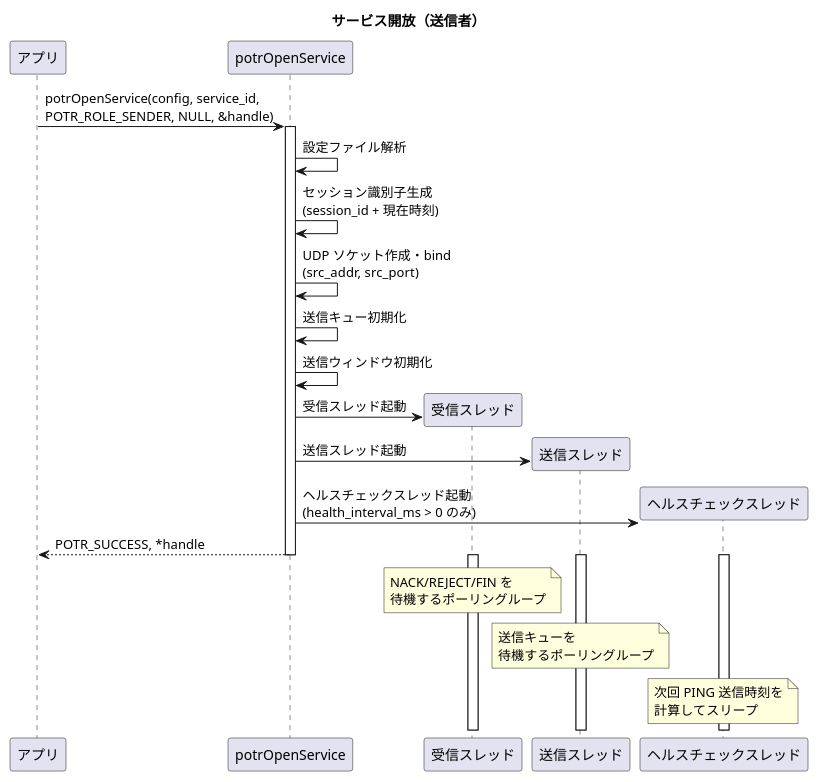
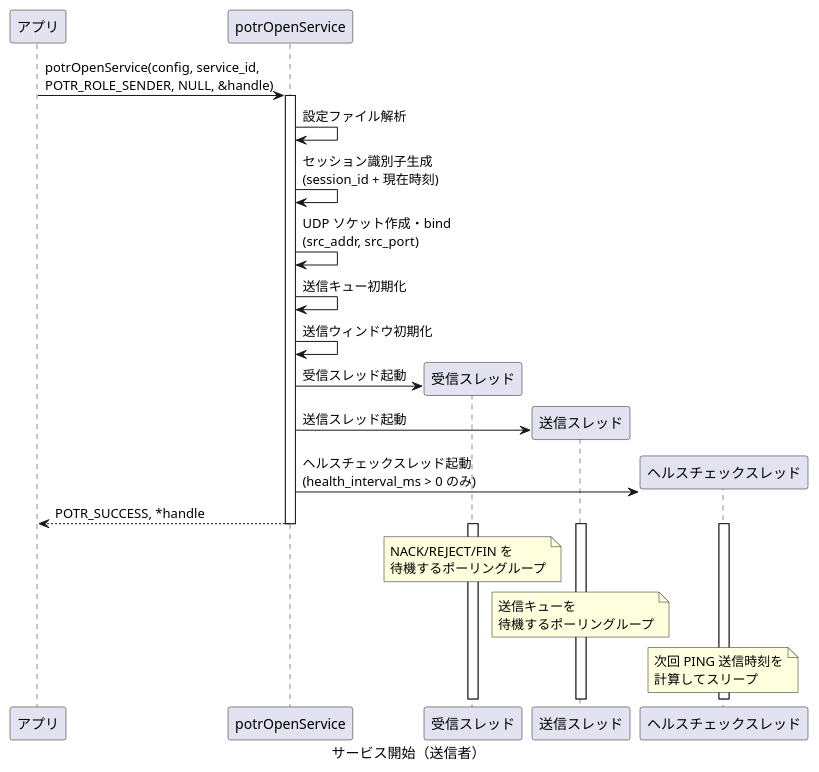
One commit to Hondarer/c-modernization-kit changed the first of 12 diagrams in prod/porter/docs/sequence.md. Above: the diagram before and after it, drawn with PlantUML. The commit also changed other lines of this file and 13 other files, not shown here.

````diff
--- a/prod/porter/docs/sequence.md
+++ b/prod/porter/docs/sequence.md
@@ -26,36 +9,36 @@
 ```plantuml
-@startuml
-title サービス開放（送信者）
+@startuml サービス開始（送信者）
+caption サービス開始（送信者）
 
 participant "アプリ" as APP
 participant "potrOpenService" as OPEN
 participant "受信スレッド" as RT
 participant "送信スレッド" as ST
 participant "ヘルスチェックスレッド" as HT
 
 APP -> OPEN: potrOpenService(config, service_id,\nPOTR_ROLE_SENDER, NULL, &handle)
 
 activate OPEN
 OPEN -> OPEN: 設定ファイル解析
 OPEN -> OPEN: セッション識別子生成\n(session_id + 現在時刻)
 OPEN -> OPEN: UDP ソケット作成・bind\n(src_addr, src_port)
 OPEN -> OPEN: 送信キュー初期化
 OPEN -> OPEN: 送信ウィンドウ初期化
 
 OPEN -> RT**: 受信スレッド起動
 OPEN -> ST**: 送信スレッド起動
 OPEN -> HT**: ヘルスチェックスレッド起動\n(health_interval_ms > 0 のみ)
 
 OPEN --> APP: POTR_SUCCESS, *handle
 deactivate OPEN
 
 activate RT
 activate ST
 activate HT
 
 note over RT: NACK/REJECT/FIN を\n待機するポーリングループ
 note over ST: 送信キューを\n待機するポーリングループ
 note over HT: 次回 PING 送信時刻を\n計算してスリープ
 
 @enduml
 ```
````
